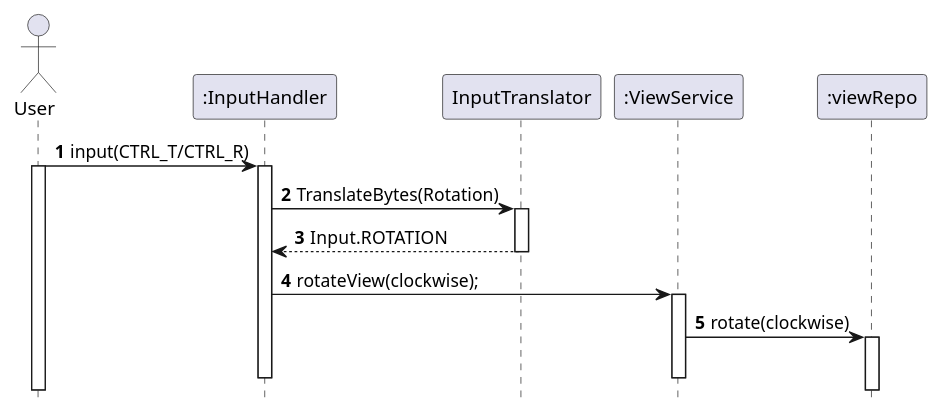
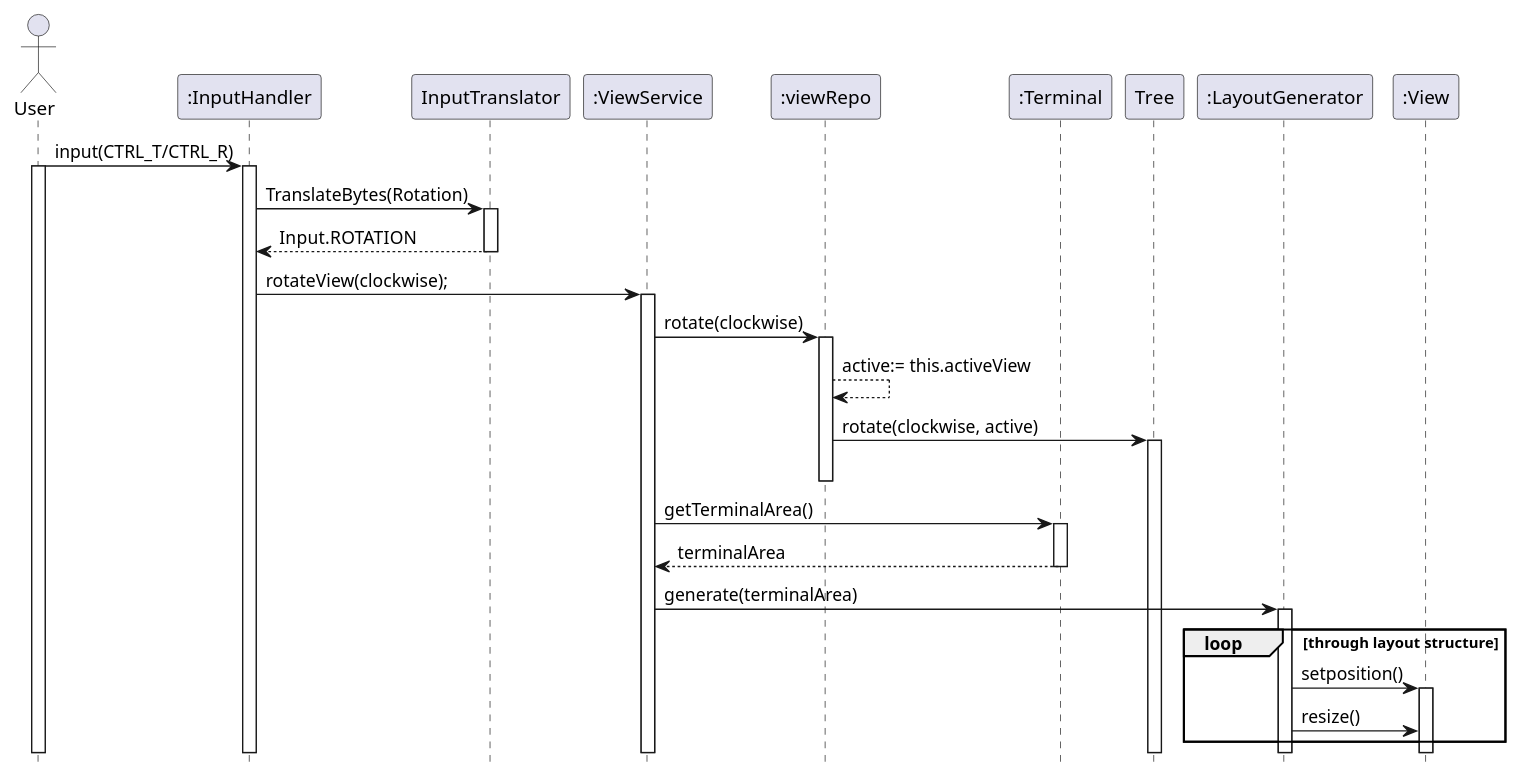
The diagram in resources/diagrams/use-case6seq.puml (lennertnijs/TextrSolo), drawn with PlantUML before and after one commit. The commit also changed 2 other files, not shown here.

Commit message:
diagrams

```diff
--- a/resources/diagrams/use-case6seq.puml
+++ b/resources/diagrams/use-case6seq.puml
@@ -1,23 +1,41 @@
 @startuml
 'https://plantuml.com/sequence-diagram
 hide footbox
 actor User as u
 participant ":InputHandler" as ih
 participant "InputTranslator" as it
 participant ":ViewService" as vs
 participant ":viewRepo" as vr
-autonumber
+participant ":Terminal" as tr
+participant "Tree" as t
+participant ":LayoutGenerator" as lg
+participant ":View" as v
 u -> ih: input(CTRL_T/CTRL_R)
 activate u
 activate ih
 ih -> it: TranslateBytes(Rotation)
 activate it
 it --> ih: Input.ROTATION
 deactivate it
 ih -> vs: rotateView(clockwise);
+
 activate vs
 vs -> vr: rotate(clockwise)
 activate vr
-deactivate vs
-deactivate ih
+vr --> vr: active:= this.activeView
+vr -> t : rotate(clockwise, active)
+activate t
+deactivate vr
+vs -> tr: getTerminalArea()
+activate tr
+tr --> vs: terminalArea
+deactivate tr
+vs -> lg: generate(terminalArea)
+loop through layout structure
+    activate lg
+    lg -> v: setposition()
+    activate v
+    lg -> v: resize()
+end
+
 @enduml
```
